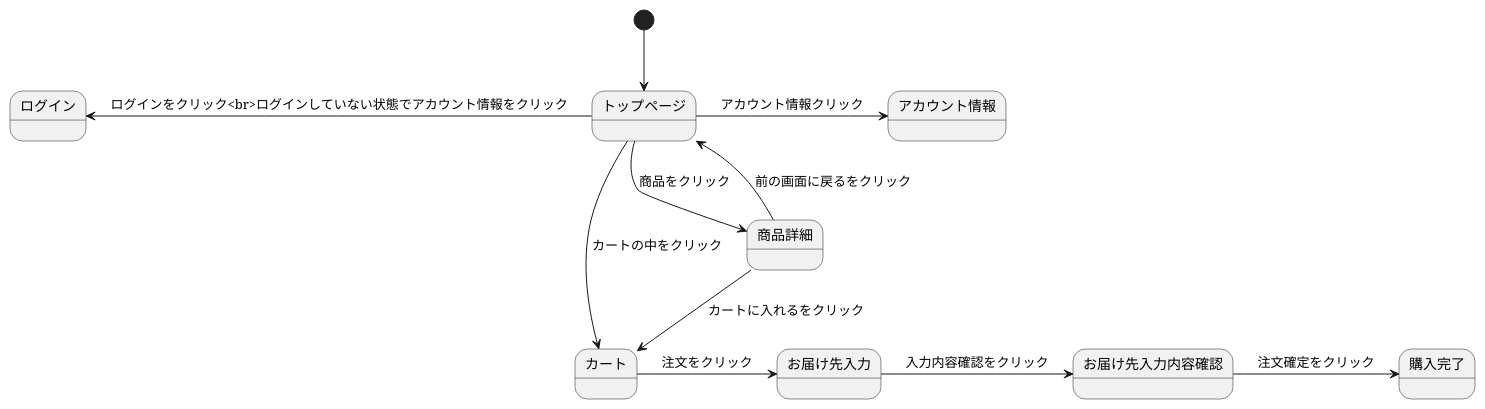
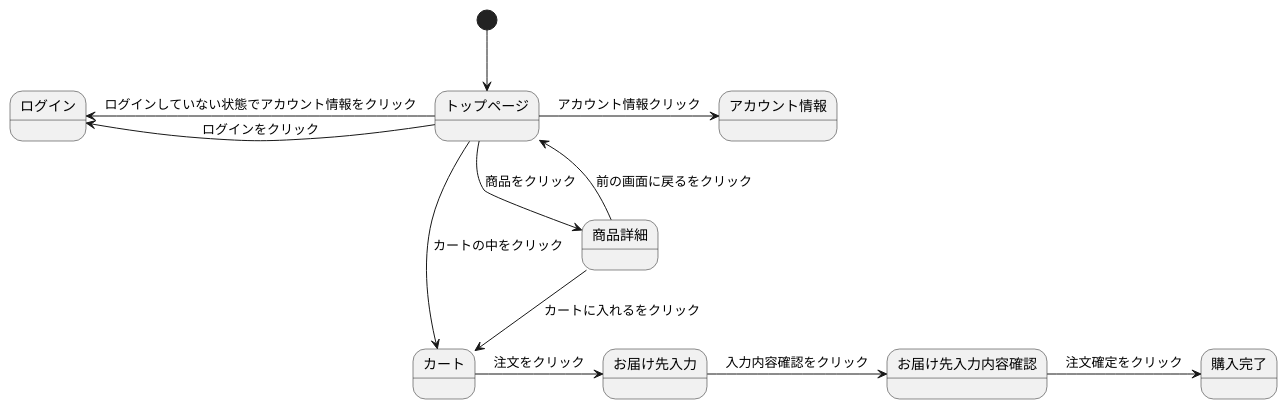
The diagram in sumple_01.md (Aso2001133/2021sys-design), drawn with PlantUML before and after one commit.

````diff
--- a/sumple_01.md
+++ b/sumple_01.md
@@ -1,23 +1,25 @@
 ```uml
 @startuml
 [*] --> トップページ 
 
 トップページ -> アカウント情報 : アカウント情報クリック 
 
-トップページ -left-> ログイン : ログインをクリック<br>ログインしていない状態でアカウント情報をクリック
+トップページ -left-> ログイン : ログインをクリック
+
+トップページ -left-> ログイン : ログインしていない状態でアカウント情報をクリック
 
 トップページ --> 商品詳細 : 商品をクリック 
 
 トップページ --> カート : カートの中をクリック 
 
 商品詳細 --> カート : カートに入れるをクリック 
 
 商品詳細 --> トップページ : 前の画面に戻るをクリック 
 
 カート -> お届け先入力 : 注文をクリック 
 
 お届け先入力 -> お届け先入力内容確認 : 入力内容確認をクリック 
 
 お届け先入力内容確認 -> 購入完了 : 注文確定をクリック 
 @enduml
 ```
````
